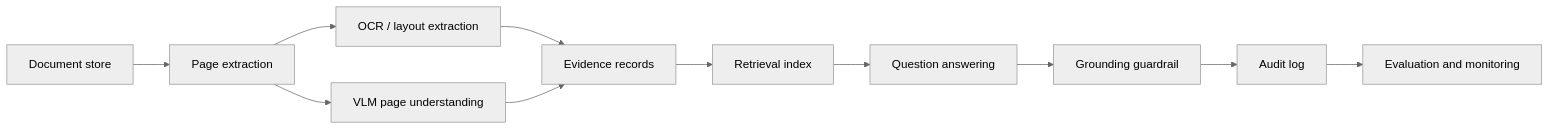
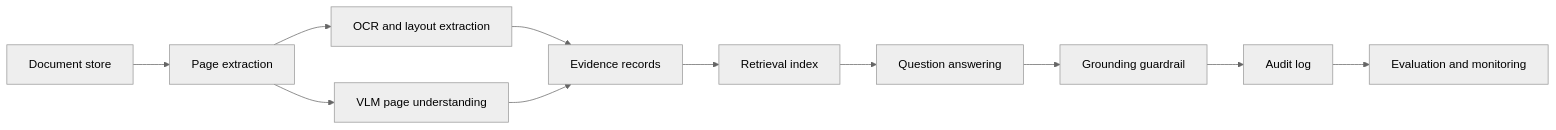
The diagram in docs/enterprise_architecture.md (rajantripathi/caselens-vlm), drawn with Mermaid (neutral theme) before and after one commit. The commit also changed 3 other files, not shown here.

Commit message:
Polish enterprise README and architecture diagrams

````diff
--- a/docs/enterprise_architecture.md
+++ b/docs/enterprise_architecture.md
@@ -7,13 +7,13 @@
 ```mermaid
 flowchart LR
-    A[Document store] --> B[Page extraction]
-    B --> C[OCR / layout extraction]
-    B --> D[VLM page understanding]
-    C --> E[Evidence records]
+    A["Document store"] --> B["Page extraction"]
+    B --> C["OCR and layout extraction"]
+    B --> D["VLM page understanding"]
+    C --> E["Evidence records"]
     D --> E
-    E --> F[Retrieval index]
-    F --> G[Question answering]
-    G --> H[Grounding guardrail]
-    H --> I[Audit log]
-    I --> J[Evaluation and monitoring]
+    E --> F["Retrieval index"]
+    F --> G["Question answering"]
+    G --> H["Grounding guardrail"]
+    H --> I["Audit log"]
+    I --> J["Evaluation and monitoring"]
 ```
````
